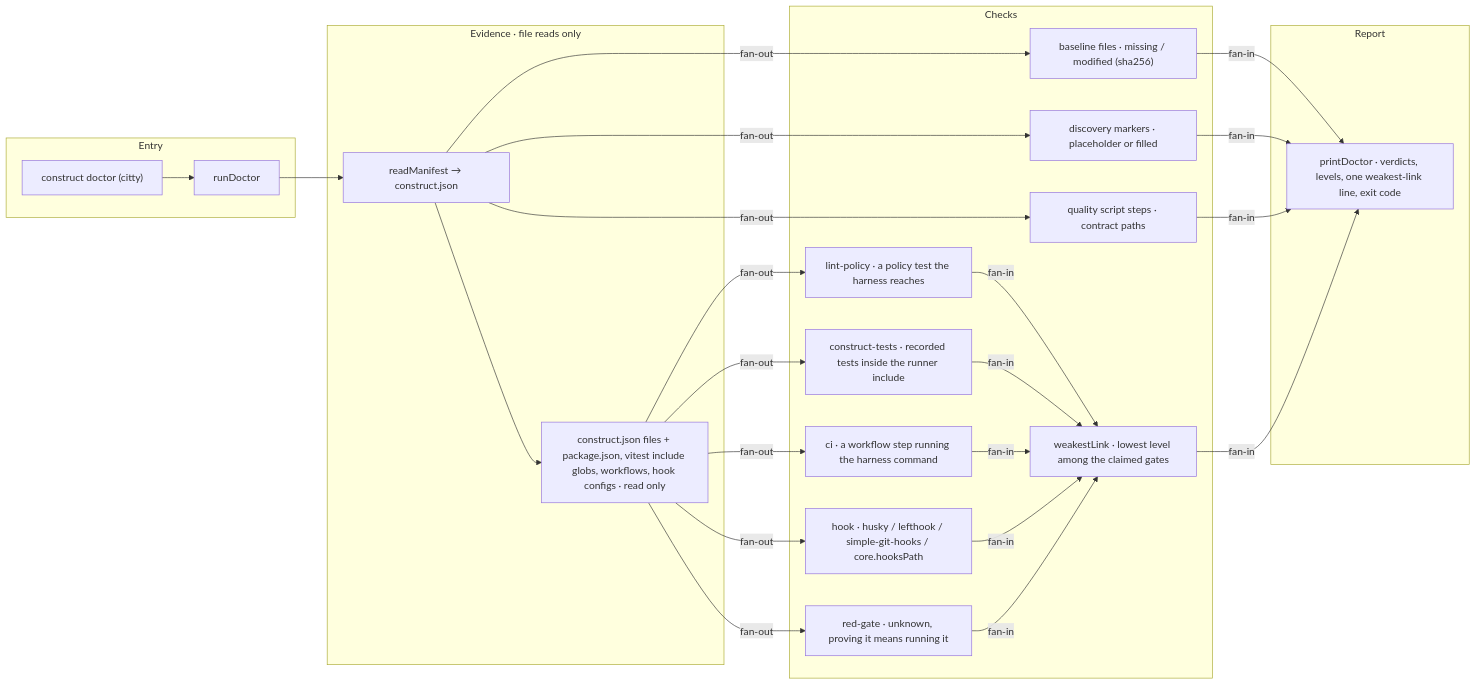
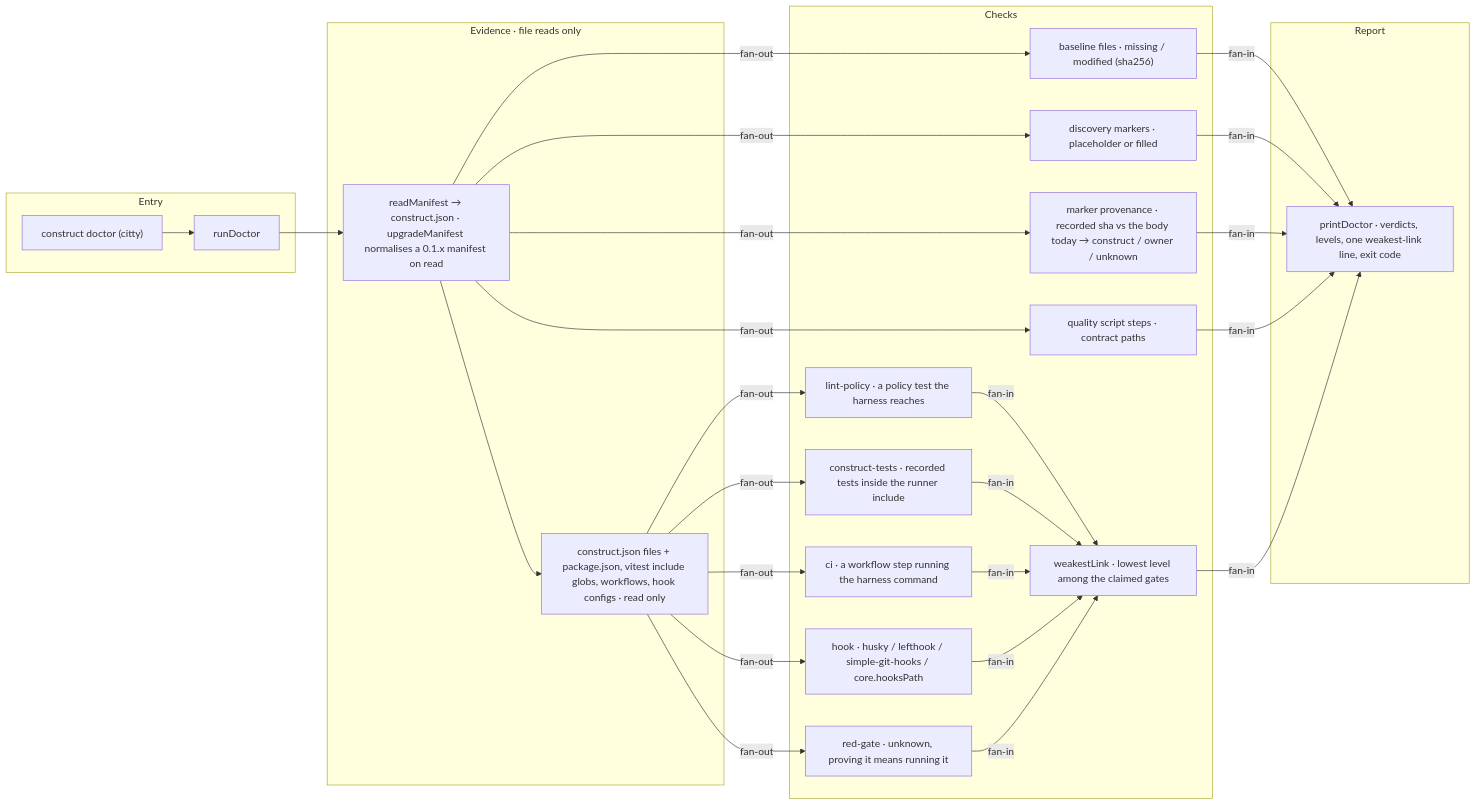
Before and after one commit to E1i/mikoshi-construct: the diagram in architecture/doctor.md, drawn with Mermaid. The commit also changed other lines of this file and 20 other files, not shown here.

````diff
--- a/architecture/doctor.md
+++ b/architecture/doctor.md
@@ -10,45 +10,48 @@
 ```mermaid
 flowchart LR
   subgraph b_entry["Entry"]
     cli["construct doctor (citty)"]
     run["runDoctor"]
   end
   subgraph b_evidence["Evidence · file reads only"]
-    manifest["readManifest → construct.json"]
+    manifest["readManifest → construct.json · upgradeManifest normalises a 0.1.x manifest on read"]
     evidence["construct.json files + package.json, vitest include globs, workflows, hook configs · read only"]
   end
   subgraph b_checks["Checks"]
     files["baseline files · missing / modified (sha256)"]
     markers["discovery markers · placeholder or filled"]
+    provenance["marker provenance · recorded sha vs the body today → construct / owner / unknown"]
     harness["quality script steps · contract paths"]
     lintPolicy["lint-policy · a policy test the harness reaches"]
     constructTests["construct-tests · recorded tests inside the runner include"]
     ci["ci · a workflow step running the harness command"]
     hook["hook · husky / lefthook / simple-git-hooks / core.hooksPath"]
     redGate["red-gate · unknown, proving it means running it"]
     weakest["weakestLink · lowest level among the claimed gates"]
   end
   subgraph b_report["Report"]
     print["printDoctor · verdicts, levels, one weakest-link line, exit code"]
   end
   cli --> run
   run --> manifest
   manifest --> evidence
   manifest -->|"fan-out"| files
   manifest -->|"fan-out"| markers
+  manifest -->|"fan-out"| provenance
   manifest -->|"fan-out"| harness
   evidence -->|"fan-out"| lintPolicy
   evidence -->|"fan-out"| constructTests
   evidence -->|"fan-out"| ci
   evidence -->|"fan-out"| hook
   evidence -->|"fan-out"| redGate
   lintPolicy -->|"fan-in"| weakest
   constructTests -->|"fan-in"| weakest
   ci -->|"fan-in"| weakest
   hook -->|"fan-in"| weakest
   redGate -->|"fan-in"| weakest
   files -->|"fan-in"| print
   markers -->|"fan-in"| print
+  provenance -->|"fan-in"| print
   harness -->|"fan-in"| print
   weakest -->|"fan-in"| print
 ```
````
